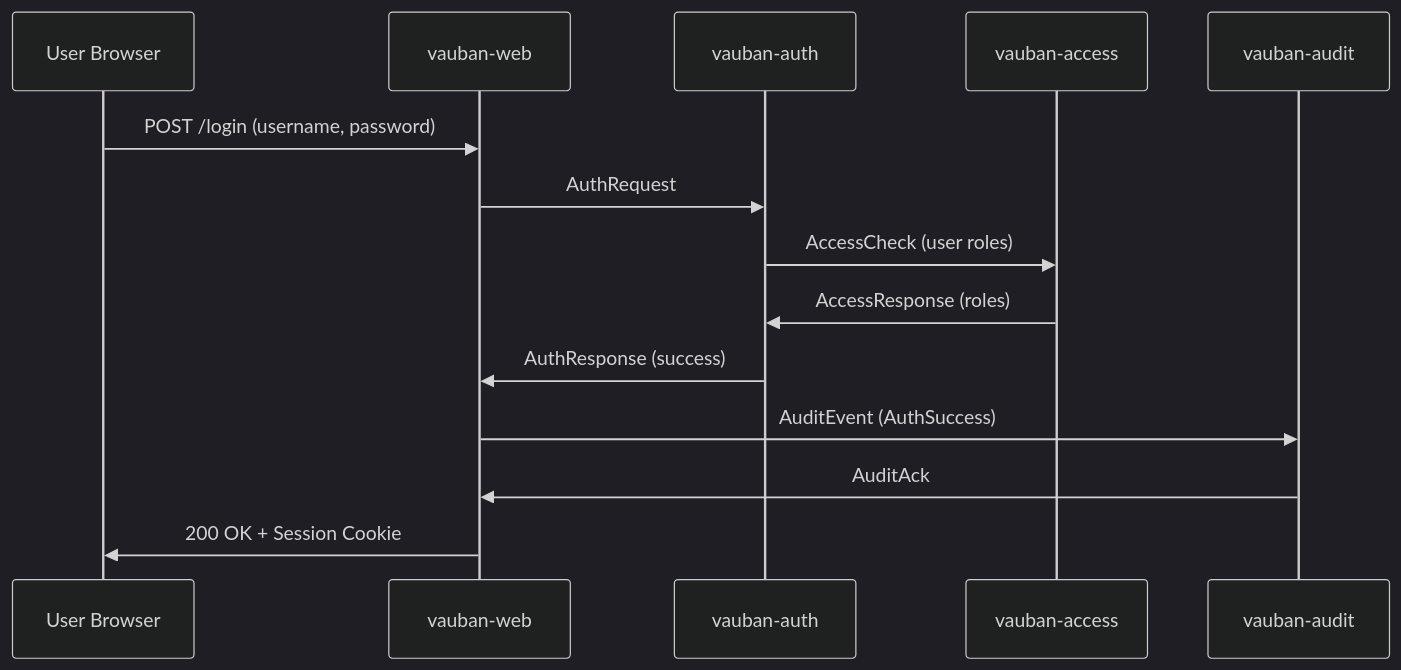
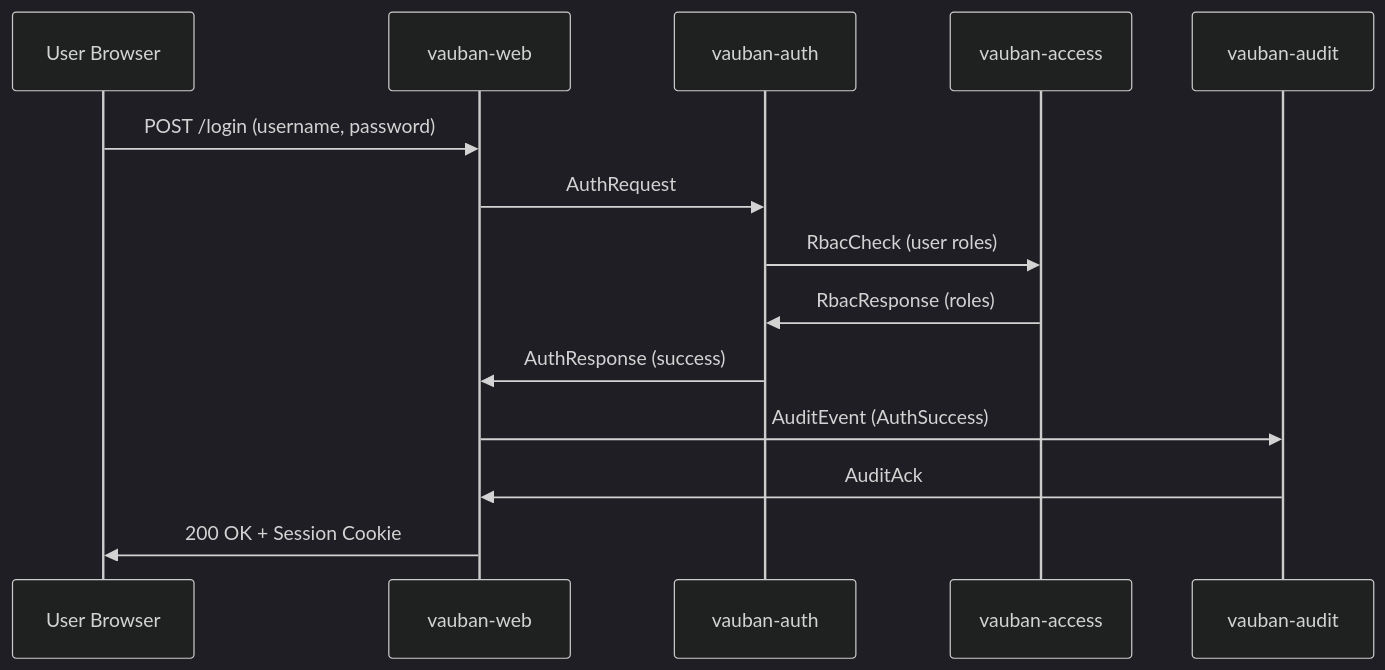
One commit to rbenaley/Vauban changed the tenth of 13 diagrams in docs/technical/Vauban_Privsep_Architecture_EN(1.2).md. Above: the diagram before and after it, drawn with Mermaid (dark theme). The commit also changed other lines of this file, not shown here.

First line of the commit message:
docs: sync Privsep Architecture doc with implementation

````diff
--- a/docs/technical/Vauban_Privsep_Architecture_EN(1.2).md
+++ b/docs/technical/Vauban_Privsep_Architecture_EN(1.2).md
@@ -1152,17 +1211,17 @@
 ```mermaid
 sequenceDiagram
     participant U as User Browser
     participant W as vauban-web
     participant A as vauban-auth
     participant R as vauban-access
     participant Au as vauban-audit
 
     U->>W: POST /login (username, password)
     W->>A: AuthRequest
-    A->>R: AccessCheck (user roles)
-    R->>A: AccessResponse (roles)
+    A->>R: RbacCheck (user roles)
+    R->>A: RbacResponse (roles)
     A->>W: AuthResponse (success)
     W->>Au: AuditEvent (AuthSuccess)
     Au->>W: AuditAck
     W->>U: 200 OK + Session Cookie
 ```
````
